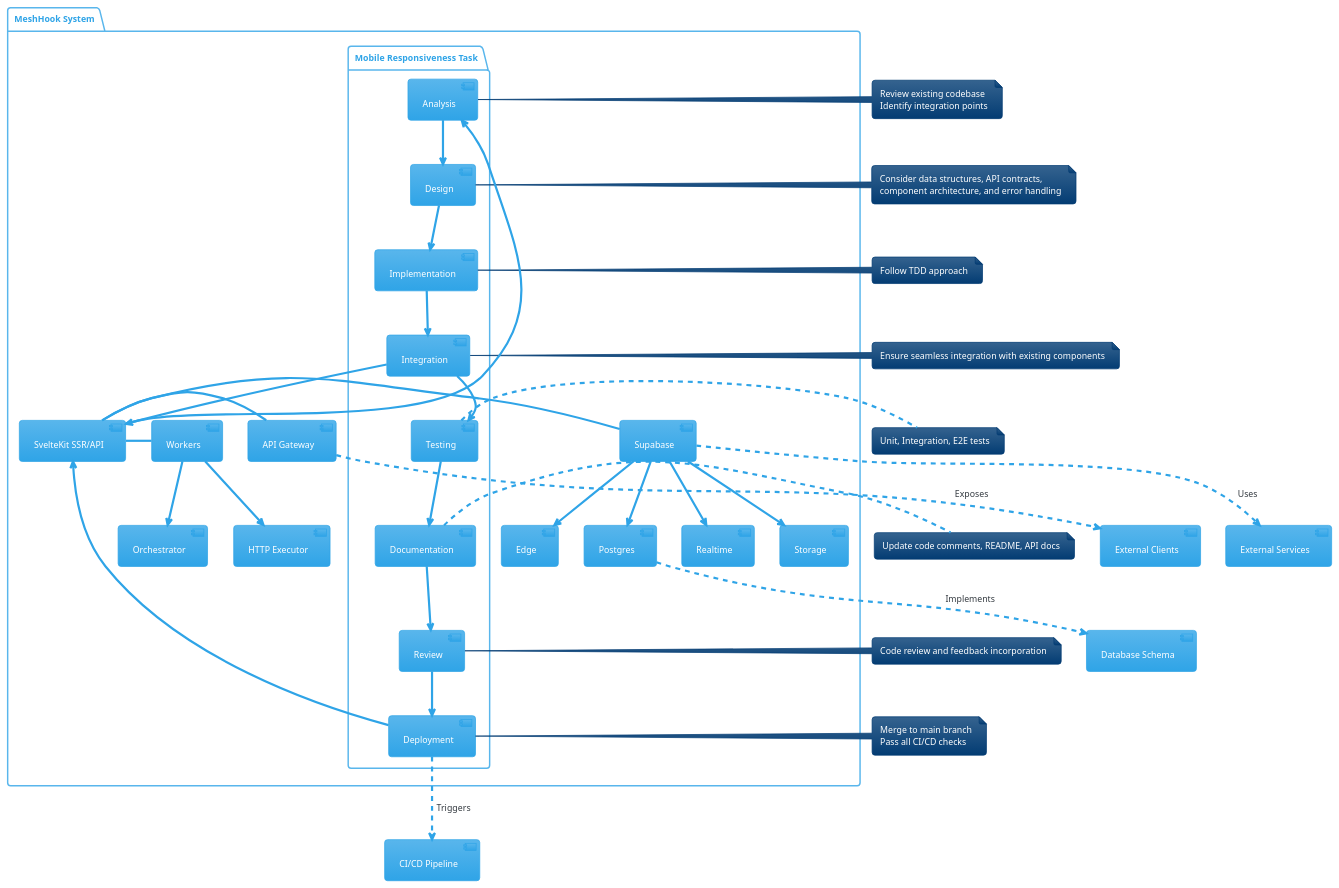
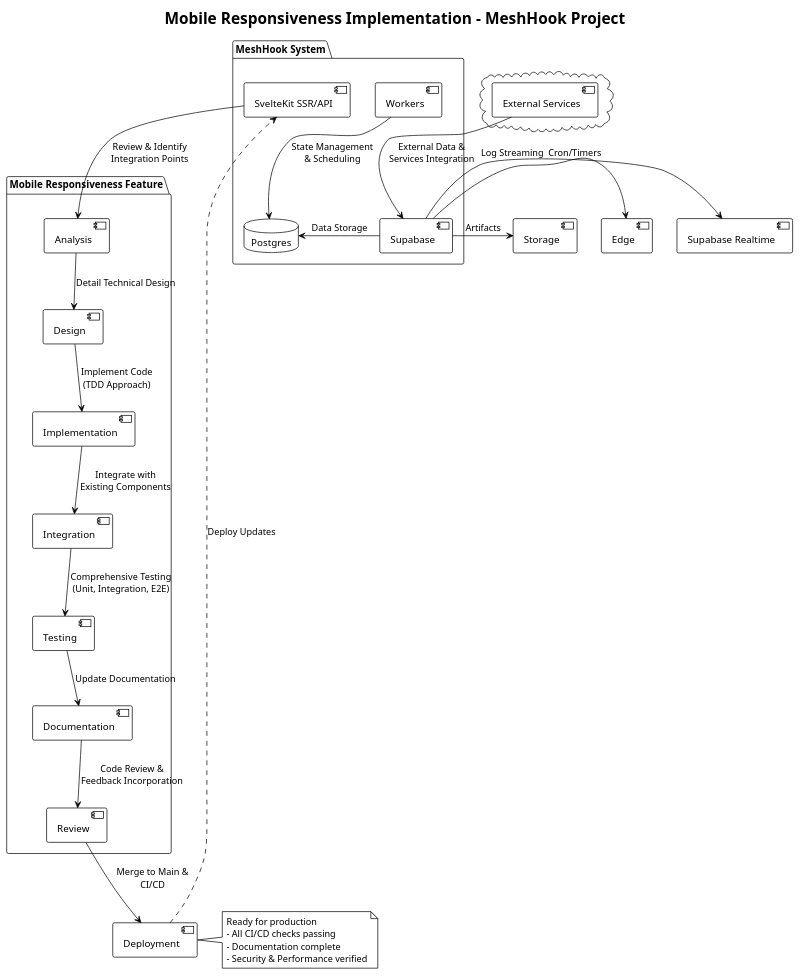
The diagram in docs/PRDs/216-mobile-responsiveness.puml (profullstack/meshhook), drawn with PlantUML before and after one commit. The commit also changed 65 other files, not shown here.

First line of the commit message:
Enhances workflow editor with connection handling and improves PRD documentation

```diff
--- a/docs/PRDs/216-mobile-responsiveness.puml
+++ b/docs/PRDs/216-mobile-responsiveness.puml
@@ -1,70 +1,51 @@
 @startuml
-!theme cerulean
+!theme plain
+
+title Mobile Responsiveness Implementation - MeshHook Project
 
 package "MeshHook System" {
-    [API Gateway] - [SvelteKit SSR/API]
-    [SvelteKit SSR/API] - [Supabase]
-    [SvelteKit SSR/API] - [Workers]
-    [Supabase] --> [Postgres]
-    [Supabase] --> [Realtime]
-    [Supabase] --> [Storage]
-    [Supabase] --> [Edge]
-    [Workers] --> [Orchestrator]
-    [Workers] --> [HTTP Executor]
-
-    package "Mobile Responsiveness Task" {
-        [Analysis] --> [Design]
-        [Design] --> [Implementation]
-        [Implementation] --> [Integration]
-        [Integration] --> [Testing]
-        [Testing] --> [Documentation]
-        [Documentation] --> [Review]
-        [Review] --> [Deployment]
-
-        [SvelteKit SSR/API] --> [Analysis]
-        [Integration] --> [SvelteKit SSR/API]
-        [Deployment] --> [SvelteKit SSR/API]
-    }
+    [SvelteKit SSR/API] as SvelteKit
+    [Supabase] as Supabase
+    [Workers] as Workers
+    database "Postgres" as Postgres
 }
 
-[Supabase] ..> [External Services] : Uses
-[API Gateway] ..> [External Clients] : Exposes
-[Postgres] ..> [Database Schema] : Implements
-[Deployment] ..> [CI/CD Pipeline] : Triggers
+cloud {
+    [External Services] as Externals
+}
 
-note right of [Analysis]
-  Review existing codebase
-  Identify integration points
-end note
+package "Mobile Responsiveness Feature" {
+    [Analysis] as Analysis
+    [Design] as Design
+    [Implementation] as Implementation
+    [Integration] as Integration
+    [Testing] as Testing
+    [Documentation] as Documentation
+    [Review] as Review
+}
 
-note right of [Design]
-  Consider data structures, API contracts,
-  component architecture, and error handling
-end note
+SvelteKit --> Analysis : Review & Identify\nIntegration Points
+Analysis --> Design : Detail Technical Design
+Design --> Implementation : Implement Code\n(TDD Approach)
+Implementation --> Integration : Integrate with\nExisting Components
+Integration --> Testing : Comprehensive Testing\n(Unit, Integration, E2E)
+Testing --> Documentation : Update Documentation
+Documentation --> Review : Code Review &\nFeedback Incorporation
+Review --> [Deployment] : Merge to Main &\nCI/CD
 
-note right of [Implementation]
-  Follow TDD approach
-end note
-
-note right of [Integration]
-  Ensure seamless integration with existing components
-end note
-
-note right of [Testing]
-  Unit, Integration, E2E tests
-end note
-
-note right of [Documentation]
-  Update code comments, README, API docs
-end note
-
-note right of [Review]
-  Code review and feedback incorporation
-end note
+[Deployment] .down.> SvelteKit : Deploy Updates
+Supabase -right-> [Supabase Realtime] : Log Streaming
+Supabase -right-> [Postgres] : Data Storage
+Supabase -right-> [Storage] : Artifacts
+Supabase -right-> [Edge] : Cron/Timers
+Workers --> Postgres : State Management\n& Scheduling
+Externals --> Supabase : External Data &\nServices Integration
 
 note right of [Deployment]
-  Merge to main branch
-  Pass all CI/CD checks
+  Ready for production
+  - All CI/CD checks passing
+  - Documentation complete
+  - Security & Performance verified
 end note
 
 @enduml
```
